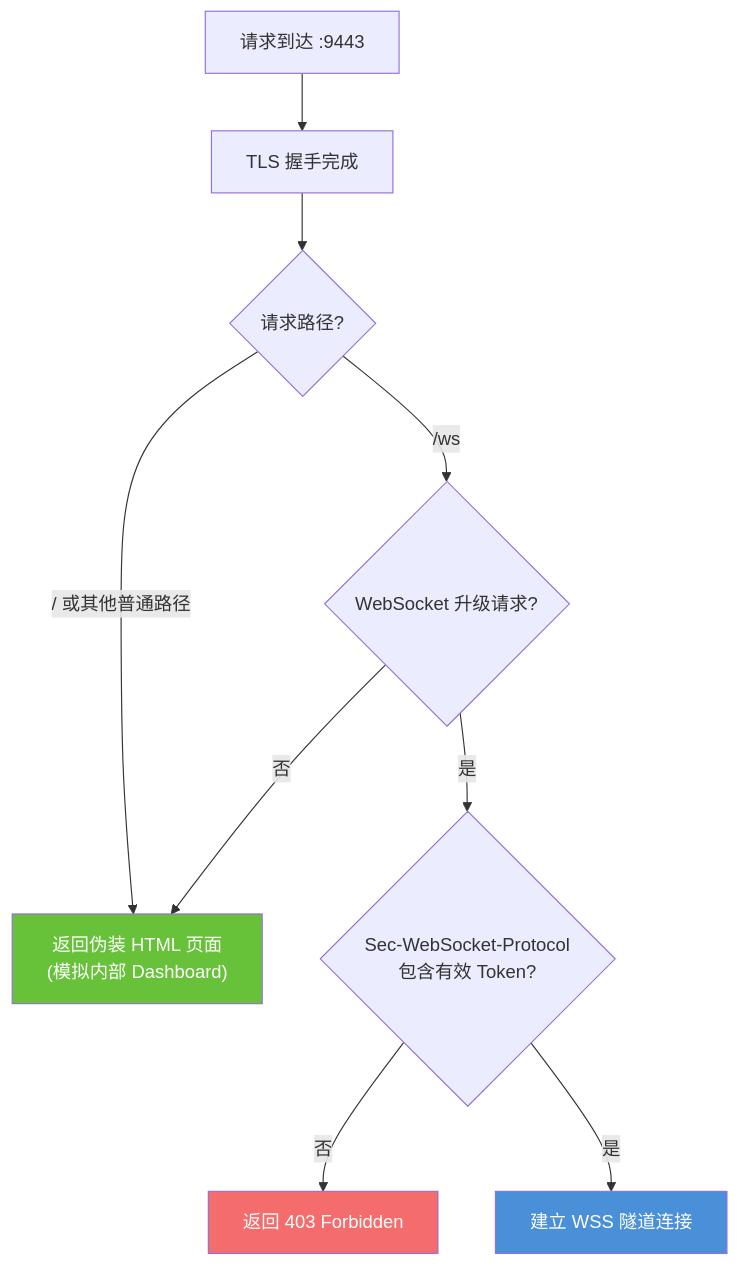
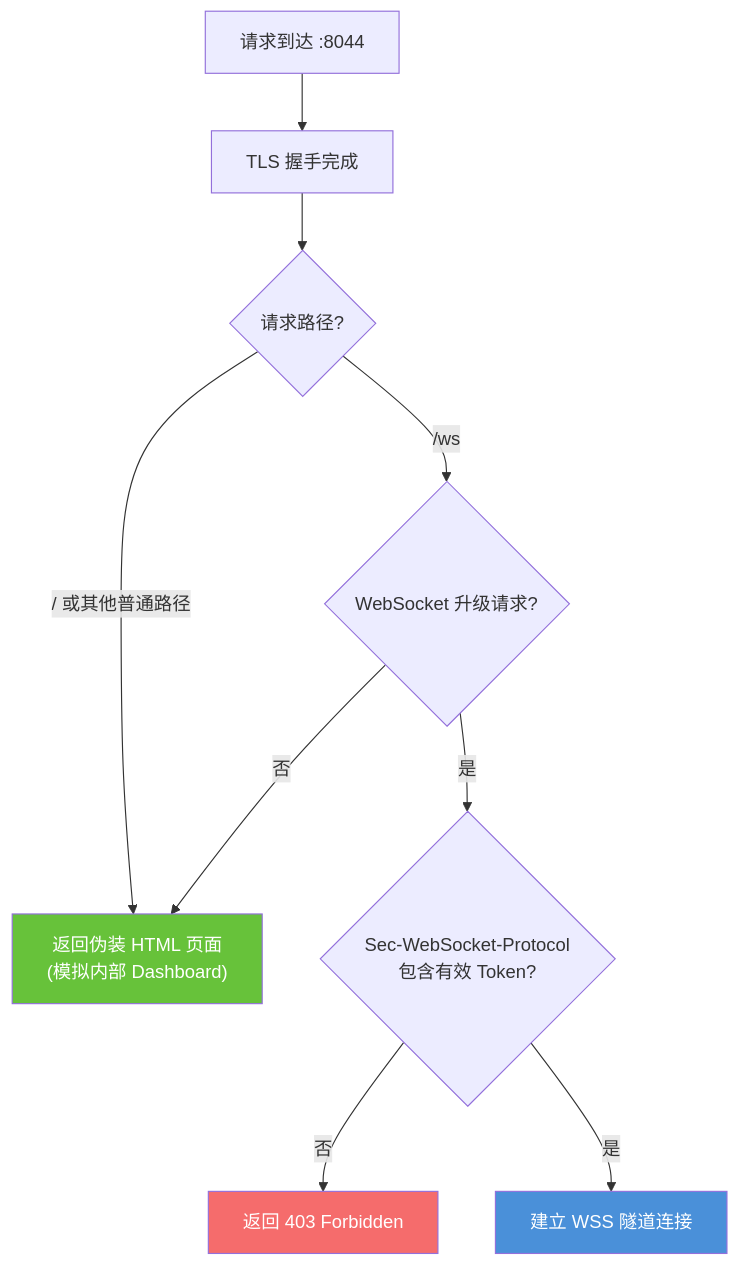
One commit to scutshuxue/ai-coding-research changed the fifth of 18 diagrams in dev_project/proxy-tunnel/wss-tunnel-design.md. Above: the diagram before and after it, drawn with Mermaid. The commit also changed other lines of this file and 1 other file, not shown here.

````diff
--- a/dev_project/proxy-tunnel/wss-tunnel-design.md
+++ b/dev_project/proxy-tunnel/wss-tunnel-design.md
@@ -219,15 +219,15 @@
 ```mermaid
 flowchart TD
-    REQ["请求到达 :9443"] --> TLS["TLS 握手完成"]
+    REQ["请求到达 :8044"] --> TLS["TLS 握手完成"]
     TLS --> PATH{"请求路径?"}
     PATH -->|"/ 或其他普通路径"| FAKE["返回伪装 HTML 页面<br/>(模拟内部 Dashboard)"]
     PATH -->|"/ws"| UPGRADE{"WebSocket 升级请求?"}
     UPGRADE -->|"否"| FAKE
     UPGRADE -->|"是"| TOKEN{"Sec-WebSocket-Protocol<br/>包含有效 Token?"}
     TOKEN -->|"否"| DENY["返回 403 Forbidden"]
     TOKEN -->|"是"| ACCEPT["建立 WSS 隧道连接"]
 
     style FAKE fill:#67c23a,color:#fff
     style DENY fill:#f56c6c,color:#fff
     style ACCEPT fill:#4a90d9,color:#fff
 ```
````
